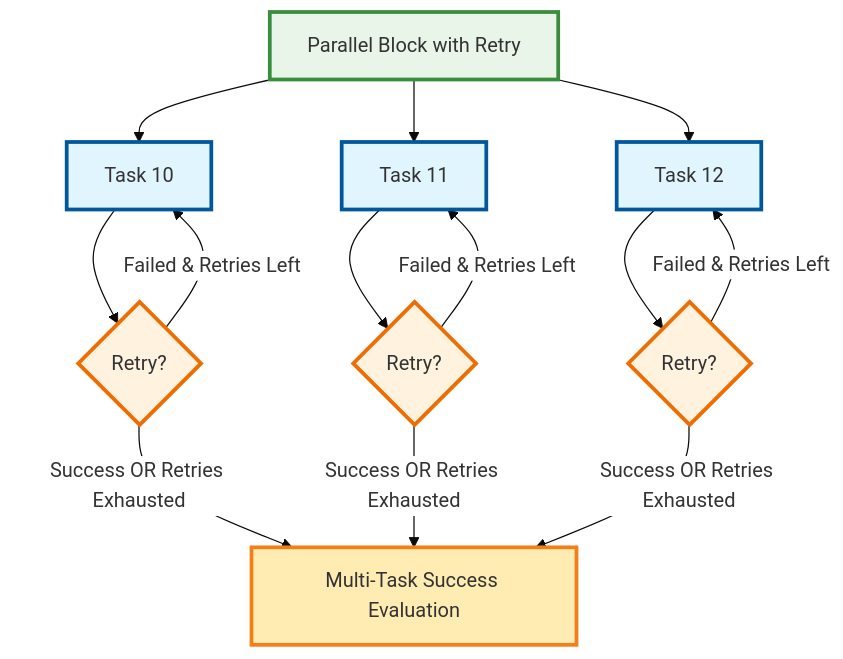
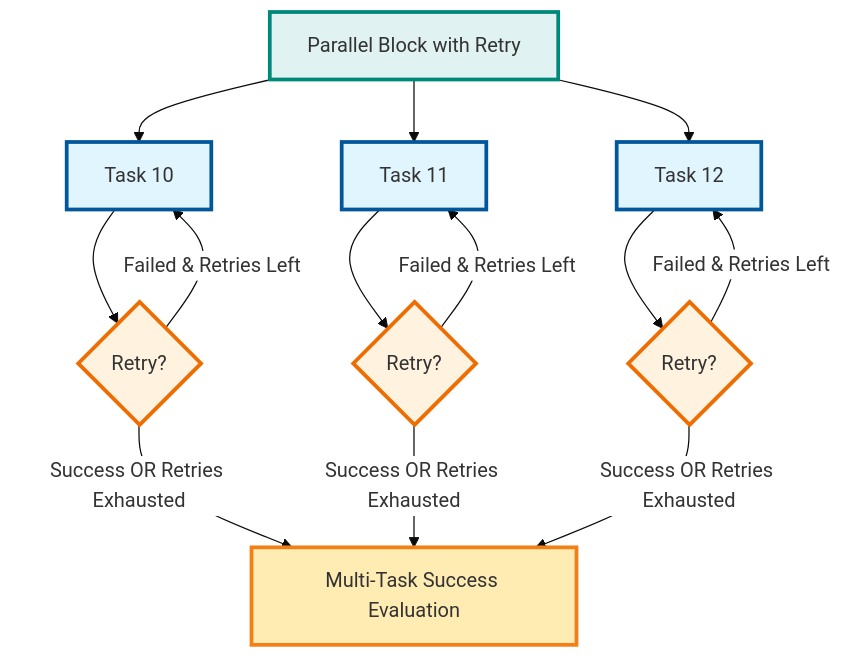
One commit to bastelbude1/Tasker changed diagram 11 of 20 in TaskER_FlowChart.md. Above: the diagram before and after it, drawn with Mermaid. The commit also changed other lines of this file, not shown here.

First line of the commit message:
docs: Optimize color scheme for TaskER_FlowChart.md visual clarity

````diff
--- a/TaskER_FlowChart.md
+++ b/TaskER_FlowChart.md
@@ -627,25 +606,25 @@
 ```mermaid
 %%{init: {'theme':'base', 'themeVariables': {'primaryColor':'#ffffff'}}}%%
 flowchart TD
     A[Parallel Block with Retry] --> B[Task 10]
     A --> C[Task 11]
     A --> D[Task 12]
     B --> E{Retry?}
     C --> F{Retry?}
     D --> G{Retry?}
     E -->|Failed & Retries Left| B
     E -->|Success OR Retries Exhausted| H[Multi-Task Success Evaluation]
     F -->|Failed & Retries Left| C
     F -->|Success OR Retries Exhausted| H
     G -->|Failed & Retries Left| D
     G -->|Success OR Retries Exhausted| H
 
-    style A fill:#e8f5e8,stroke:#388e3c,stroke-width:3px
+    style A fill:#e0f2f1,stroke:#00897b,stroke-width:3px
     style B fill:#e1f5fe,stroke:#01579b,stroke-width:3px
     style C fill:#e1f5fe,stroke:#01579b,stroke-width:3px
     style D fill:#e1f5fe,stroke:#01579b,stroke-width:3px
     style E fill:#fff3e0,stroke:#ef6c00,stroke-width:3px
     style F fill:#fff3e0,stroke:#ef6c00,stroke-width:3px
     style G fill:#fff3e0,stroke:#ef6c00,stroke-width:3px
     style H fill:#ffecb3,stroke:#f57f17,stroke-width:3px
 ```
````
